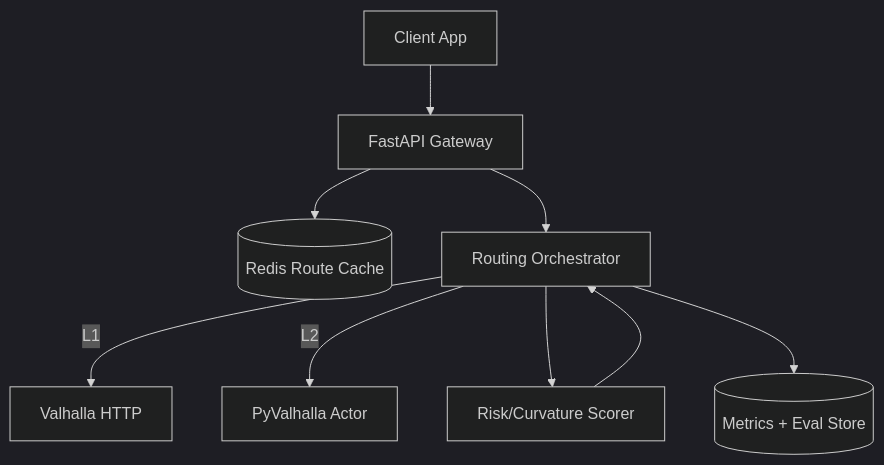
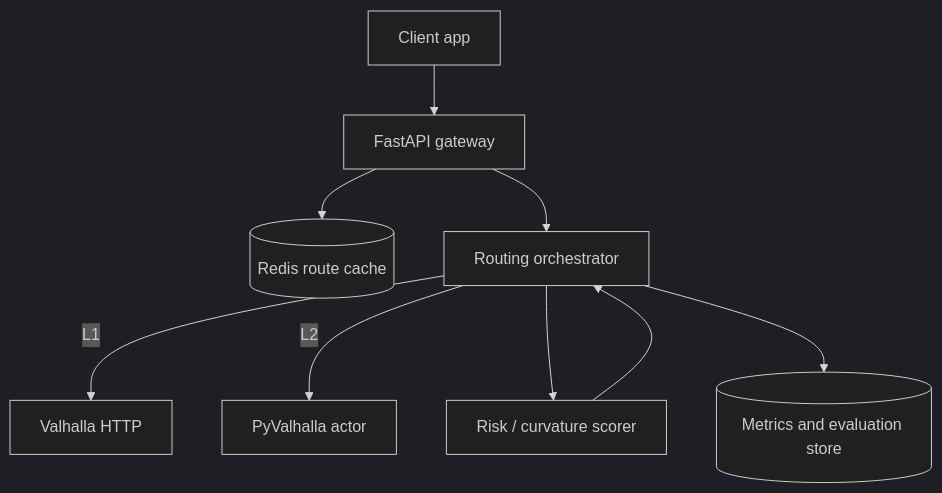
One commit to alireal973/motomap changed the first of 2 diagrams in docs/discussions/2026-03-02-discussion-8-response.md. Above: the diagram before and after it, drawn with Mermaid (dark theme). The commit also changed other lines of this file and 38 other files, not shown here.

````diff
--- a/docs/discussions/2026-03-02-discussion-8-response.md
+++ b/docs/discussions/2026-03-02-discussion-8-response.md
@@ -16,11 +18,11 @@
 ```mermaid
 graph TD
-    U[Client App] --> G[FastAPI Gateway]
-    G --> C[(Redis Route Cache)]
-    G --> O[Routing Orchestrator]
+    U[Client app] --> G[FastAPI gateway]
+    G --> C[(Redis route cache)]
+    G --> O[Routing orchestrator]
     O -->|L1| VHTTP[Valhalla HTTP]
-    O -->|L2| VPY[PyValhalla Actor]
-    O --> R[Risk/Curvature Scorer]
+    O -->|L2| VPY[PyValhalla actor]
+    O --> R[Risk / curvature scorer]
     R --> O
-    O --> D[(Metrics + Eval Store)]
+    O --> D[(Metrics and evaluation store)]
 ```
````
